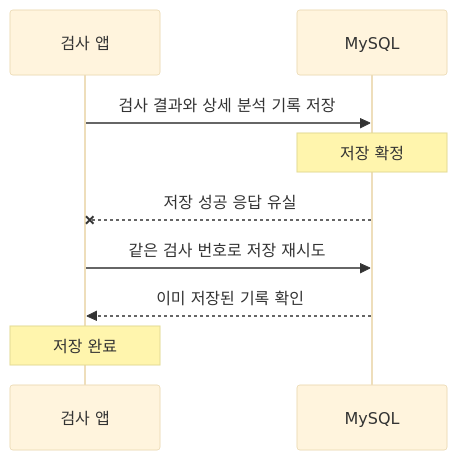
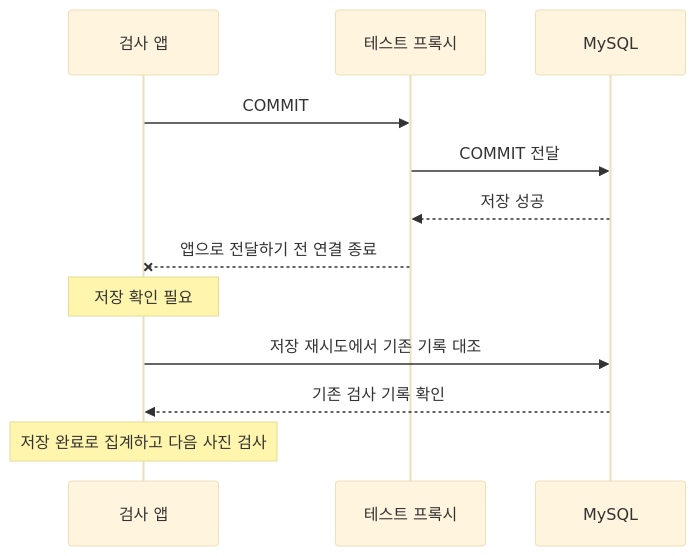
The second of 2 diagrams in docs/portfolio/README.md (hsjni0110/weld-scope), drawn with Mermaid (base theme) before and after one commit. The commit also changed other lines of this file and 13 other files, not shown here.

````diff
--- a/docs/portfolio/README.md
+++ b/docs/portfolio/README.md
@@ -307,11 +126,14 @@
 ```mermaid
 sequenceDiagram
     participant App as 검사 앱
+    participant Proxy as 테스트 프록시
     participant DB as MySQL
-    App->>DB: 검사 결과와 상세 분석 기록 저장
-    Note over DB: 저장 확정
-    DB--xApp: 저장 성공 응답 유실
-    App->>DB: 같은 검사 번호로 저장 재시도
-    DB-->>App: 이미 저장된 기록 확인
-    Note over App: 저장 완료
+    App->>Proxy: COMMIT
+    Proxy->>DB: COMMIT 전달
+    DB-->>Proxy: 저장 성공
+    Proxy--xApp: 앱으로 전달하기 전 연결 종료
+    Note over App: 저장 확인 필요
+    App->>DB: 저장 재시도에서 기존 기록 대조
+    DB-->>App: 기존 검사 기록 확인
+    Note over App: 저장 완료로 집계하고 다음 사진 검사
 ```
````
